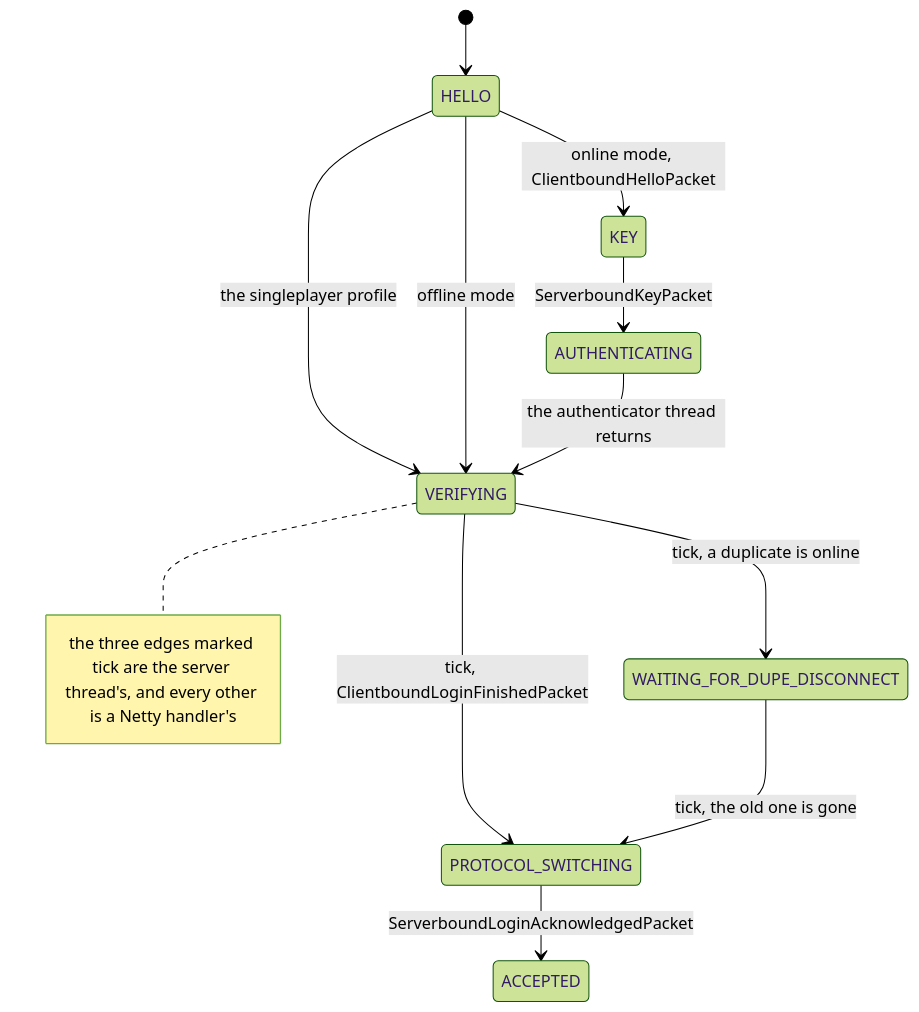
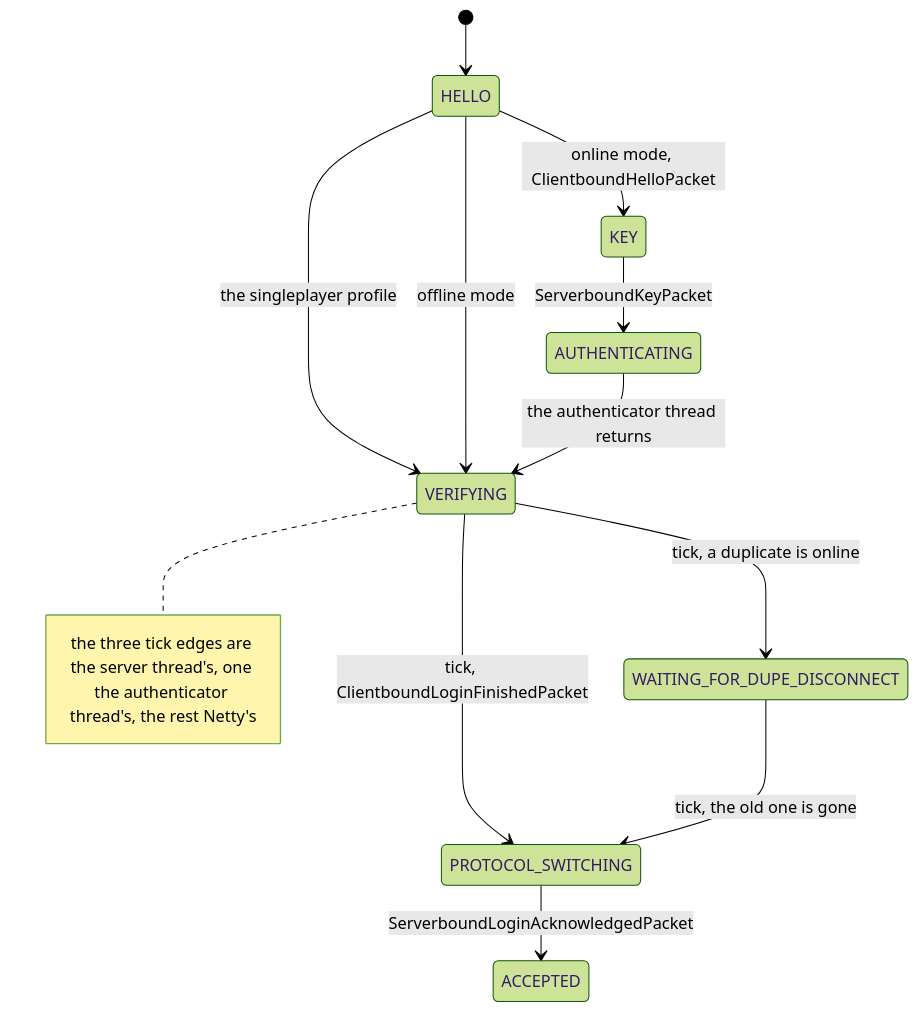
One commit to AlexanderjFraser/MinecraftDocs changed the second of 4 diagrams in src/systems/networking/protocol-phases.md. Above: the diagram before and after it, drawn with Mermaid (forest theme). The commit also changed other lines of this file and 18 other files, not shown here.

````diff
--- a/src/systems/networking/protocol-phases.md
+++ b/src/systems/networking/protocol-phases.md
@@ -151,14 +149,14 @@
 ```mermaid
 stateDiagram-v2
     [*] --> HELLO
     HELLO --> KEY : online mode, ClientboundHelloPacket
     HELLO --> VERIFYING : the singleplayer profile
     HELLO --> VERIFYING : offline mode
     KEY --> AUTHENTICATING : ServerboundKeyPacket
     AUTHENTICATING --> VERIFYING : the authenticator thread returns
     VERIFYING --> WAITING_FOR_DUPE_DISCONNECT : tick, a duplicate is online
     VERIFYING --> PROTOCOL_SWITCHING : tick, ClientboundLoginFinishedPacket
     WAITING_FOR_DUPE_DISCONNECT --> PROTOCOL_SWITCHING : tick, the old one is gone
     PROTOCOL_SWITCHING --> ACCEPTED : ServerboundLoginAcknowledgedPacket
-    note right of VERIFYING : the three edges marked tick are the server thread's, and every other is a Netty handler's
+    note right of VERIFYING : the three tick edges are the server thread's, one the authenticator thread's, the rest Netty's
 ```
````
